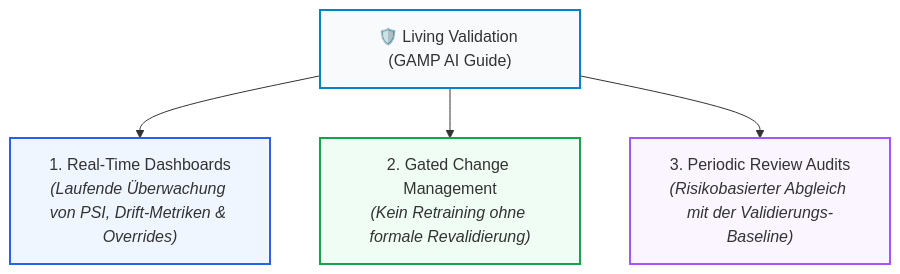
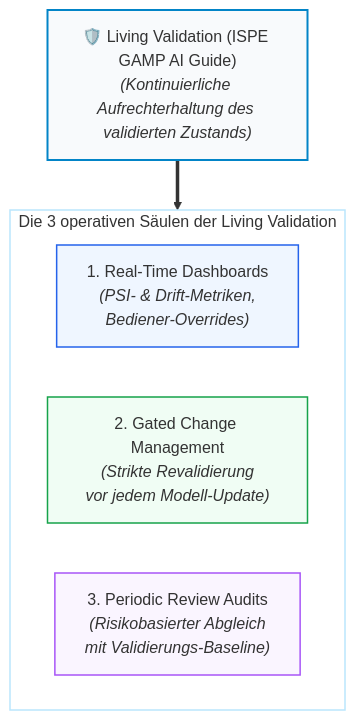
One commit to Lunaman06/Annex22 changed the third of 3 diagrams in docs/de/appendix_ispe_gamp_ai_best_practices.md. Above: the diagram before and after it, drawn with Mermaid. The commit also changed other lines of this file and 29 other files, not shown here.

Commit message:
style(docs): optimize mermaid diagram aspect ratios, edge flows and legibility across all DE and EN modules

````diff
--- a/docs/de/appendix_ispe_gamp_ai_best_practices.md
+++ b/docs/de/appendix_ispe_gamp_ai_best_practices.md
@@ -126,11 +144,19 @@
 ```mermaid
-graph TD
-    LV["🛡️ Living Validation (GAMP AI Guide)"] --> S1["1. Real-Time Dashboards<br/><i>(Laufende Überwachung von PSI, Drift-Metriken & Overrides)</i>"]
-    LV --> S2["2. Gated Change Management<br/><i>(Kein Retraining ohne formale Revalidierung)</i>"]
-    LV --> S3["3. Periodic Review Audits<br/><i>(Risikobasierter Abgleich mit der Validierungs-Baseline)</i>"]
+flowchart TD
+    LV["🛡️ Living Validation (ISPE GAMP AI Guide)<br/><i>(Kontinuierliche Aufrechterhaltung des validierten Zustands)</i>"]
+
+    subgraph Pillars["Die 3 operativen Säulen der Living Validation"]
+        direction LR
+        S1["1. Real-Time Dashboards<br/><i>(PSI- & Drift-Metriken,<br/>Bediener-Overrides)</i>"]
+        S2["2. Gated Change Management<br/><i>(Strikte Revalidierung<br/>vor jedem Modell-Update)</i>"]
+        S3["3. Periodic Review Audits<br/><i>(Risikobasierter Abgleich<br/>mit Validierungs-Baseline)</i>"]
+    end
+
+    LV ==> Pillars
 
     style LV fill:#f8fafc,stroke:#0284c7,stroke-width:2px
-    style S1 fill:#eff6ff,stroke:#2563eb,stroke-width:2px
-    style S2 fill:#f0fdf4,stroke:#16a34a,stroke-width:2px
-    style S3 fill:#faf5ff,stroke:#a855f7,stroke-width:2px
+    style Pillars fill:#ffffff,stroke:#bae6fd,stroke-width:1.5px
+    style S1 fill:#eff6ff,stroke:#2563eb,stroke-width:1.5px
+    style S2 fill:#f0fdf4,stroke:#16a34a,stroke-width:1.5px
+    style S3 fill:#faf5ff,stroke:#a855f7,stroke-width:1.5px
 ```
````
